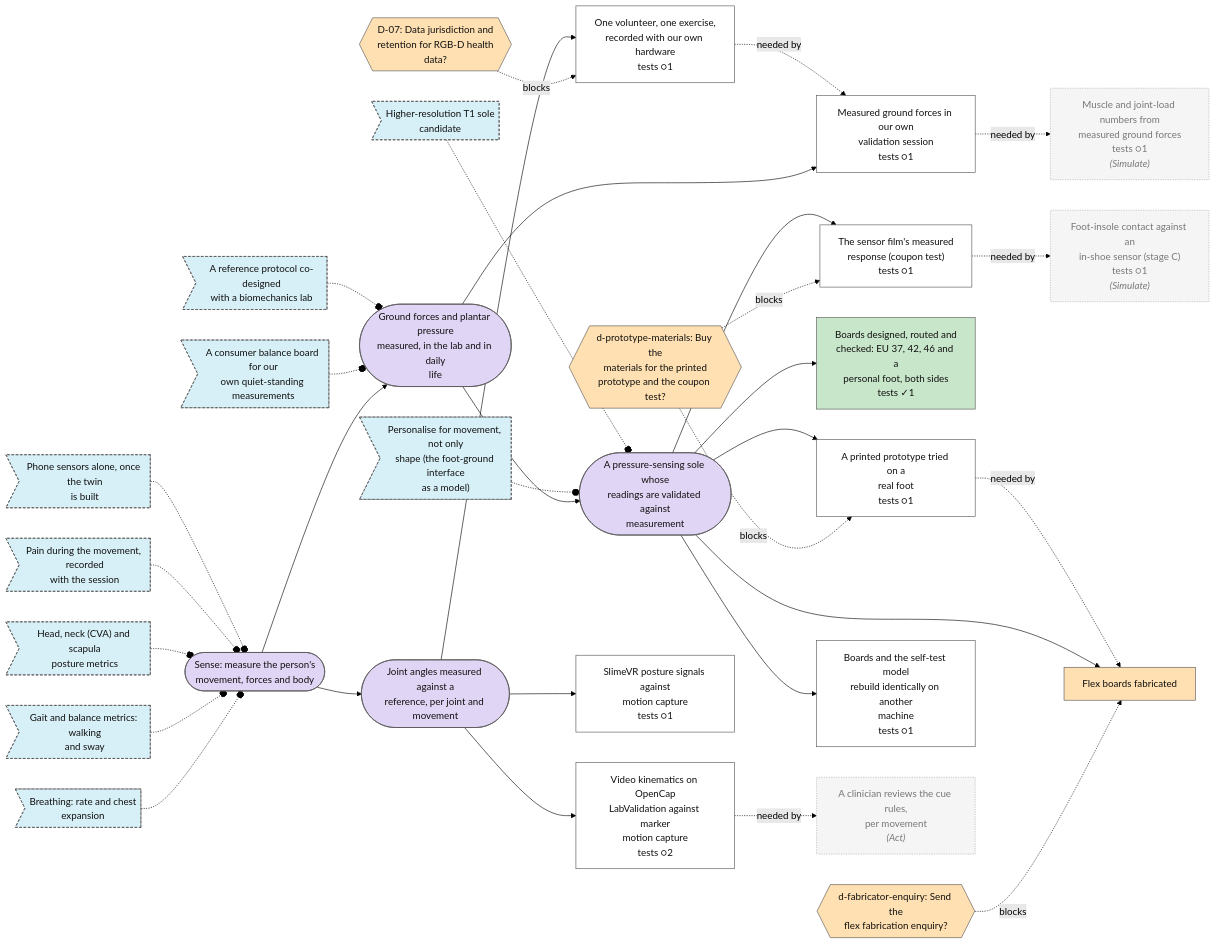
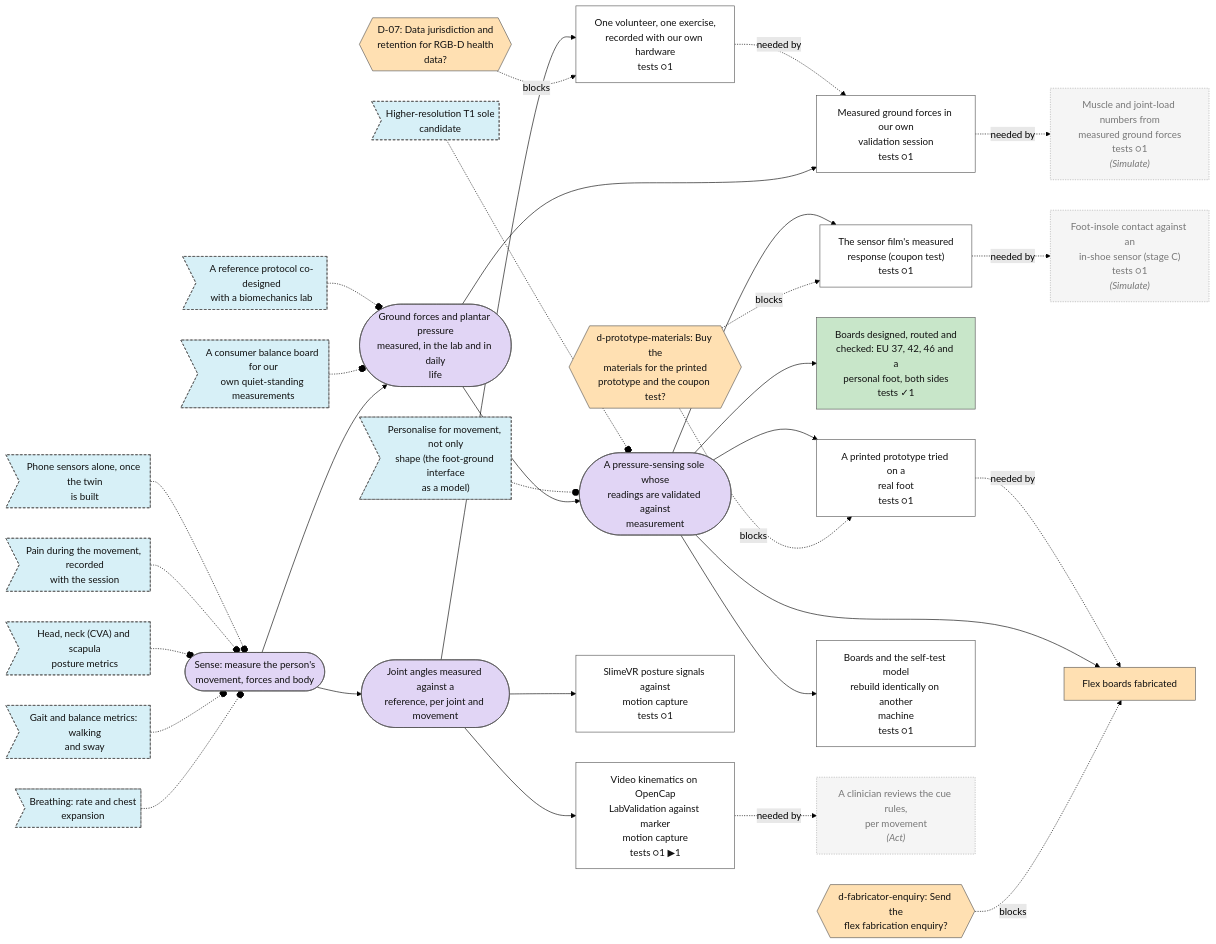
One commit to Sigurius23/Rehab-agent changed the second of 7 diagrams in plan/MAP.md. Above: the diagram before and after it, drawn with Mermaid (forest theme). The commit also changed other lines of this file and 2 other files, not shown here.

First line of the commit message:
Plan: video-benchmark pilot paused at its alignment check

````diff
--- a/plan/MAP.md
+++ b/plan/MAP.md
@@ -47,80 +47,80 @@
 ```mermaid
 flowchart LR
   n0{{"D-07: Data jurisdiction and<br/>retention for RGB-D health<br/>data?"}}:::decision_open
   n1{{"d-fabricator-enquiry: Send the<br/>flex fabrication enquiry?"}}:::decision_open
   n2{{"d-prototype-materials: Buy the<br/>materials for the printed<br/>prototype and the coupon test?"}}:::decision_open
   n3["Measured ground forces in our own<br/>validation session<br/>tests ○1"]:::step_open
   n4(["Ground forces and plantar pressure<br/>measured, in the lab and in daily<br/>life"]):::goal_open
   n5(["Joint angles measured against a<br/>reference, per joint and movement"]):::goal_open
   n6(["A pressure-sensing sole whose<br/>readings are validated against<br/>measurement"]):::goal_open
   n7>"A consumer balance board for our<br/>own quiet-standing measurements"]:::idea_new
   n8>"Breathing: rate and chest<br/>expansion"]:::idea_new
   n9>"Gait and balance metrics: walking<br/>and sway"]:::idea_new
   n10>"Head, neck (CVA) and scapula<br/>posture metrics"]:::idea_new
   n11>"A reference protocol co-designed<br/>with a biomechanics lab"]:::idea_new
   n12>"Personalise for movement, not only<br/>shape (the foot-ground interface<br/>as a model)"]:::idea_new
   n13>"Pain during the movement, recorded<br/>with the session"]:::idea_new
   n14>"Phone sensors alone, once the twin<br/>is built"]:::idea_new
   n15>"Higher-resolution T1 sole<br/>candidate"]:::idea_new
-  n16["Video kinematics on OpenCap<br/>LabValidation against marker<br/>motion capture<br/>tests ○2"]:::step_open
+  n16["Video kinematics on OpenCap<br/>LabValidation against marker<br/>motion capture<br/>tests ○1 ▶1"]:::step_open
   n17["One volunteer, one exercise,<br/>recorded with our own hardware<br/>tests ○1"]:::step_open
   n18(["Sense: measure the person's<br/>movement, forces and body"]):::goal_open
   n19["Boards designed, routed and<br/>checked: EU 37, 42, 46 and a<br/>personal foot, both sides<br/>tests ✓1"]:::step_done
   n20["The sensor film's measured<br/>response (coupon test)<br/>tests ○1"]:::step_open
   n21["Flex boards fabricated"]:::step_blocked
   n22["A printed prototype tried on a<br/>real foot<br/>tests ○1"]:::step_open
   n23["Boards and the self-test model<br/>rebuild identically on another<br/>machine<br/>tests ○1"]:::step_open
   n24["SlimeVR posture signals against<br/>motion capture<br/>tests ○1"]:::step_open
   n25["A clinician reviews the cue rules,<br/>per movement<br/><i>(Act)</i>"]:::external
   n26["Muscle and joint-load numbers from<br/>measured ground forces<br/>tests ○1<br/><i>(Simulate)</i>"]:::external
   n27["Foot-insole contact against an<br/>in-shoe sensor (stage C)<br/>tests ○1<br/><i>(Simulate)</i>"]:::external
   n0 -. blocks .-> n17
   n1 -. blocks .-> n21
   n2 -. blocks .-> n22
   n2 -. blocks .-> n20
   n4 --> n3
   n17 -. needed by .-> n3
   n18 --> n4
   n18 --> n5
   n4 --> n6
   n7 -.-o n4
   n8 -.-o n18
   n9 -.-o n18
   n10 -.-o n18
   n11 -.-o n4
   n12 -.-o n6
   n13 -.-o n18
   n14 -.-o n18
   n15 -.-o n6
   n5 --> n16
   n5 --> n17
   n6 --> n19
   n6 --> n20
   n6 --> n21
   n22 -. needed by .-> n21
   n6 --> n22
   n6 --> n23
   n5 --> n24
   n16 -. needed by .-> n25
   n3 -. needed by .-> n26
   n20 -. needed by .-> n27
   classDef goal_open fill:#e1d5f5,stroke:#555,color:#111
   classDef goal_done fill:#c8e6c9,stroke:#555,color:#111
   classDef step_open fill:#ffffff,stroke:#555,color:#111
   classDef step_doing fill:#fff3c4,stroke:#555,color:#111
   classDef step_done fill:#c8e6c9,stroke:#555,color:#111
   classDef step_blocked fill:#ffe0b2,stroke:#555,color:#111
   classDef step_dropped fill:#eeeeee,stroke:#555,color:#111
   classDef test_planned fill:#ffffff,stroke:#555,color:#111
   classDef test_running fill:#fff3c4,stroke:#555,color:#111
   classDef test_passed fill:#c8e6c9,stroke:#555,color:#111
   classDef test_failed fill:#ffcdd2,stroke:#555,color:#111
   classDef test_mixed fill:#fff3c4,stroke:#555,color:#111
   classDef test_dropped fill:#eeeeee,stroke:#555,color:#111
   classDef idea_new fill:#d7f0f7,stroke:#555,color:#111,stroke-dasharray: 4 3
   classDef idea_promoted fill:#eeeeee,stroke:#555,color:#111,stroke-dasharray: 4 3
   classDef idea_dropped fill:#eeeeee,stroke:#555,color:#111,stroke-dasharray: 4 3
   classDef decision_open fill:#ffe0b2,stroke:#555,color:#111
   classDef decision_decided fill:#ffe0b2,stroke:#555,color:#111
   classDef external fill:#f5f5f5,stroke:#aaa,color:#777,stroke-dasharray: 2 2
 ```
````
